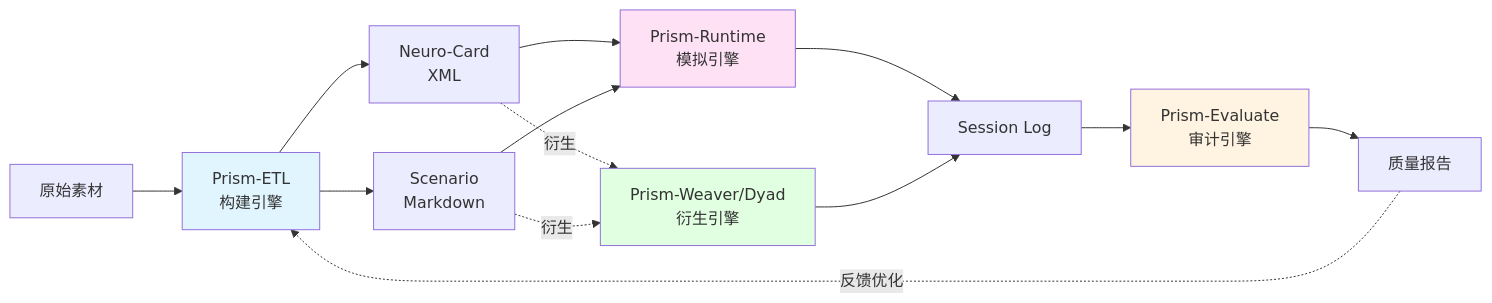
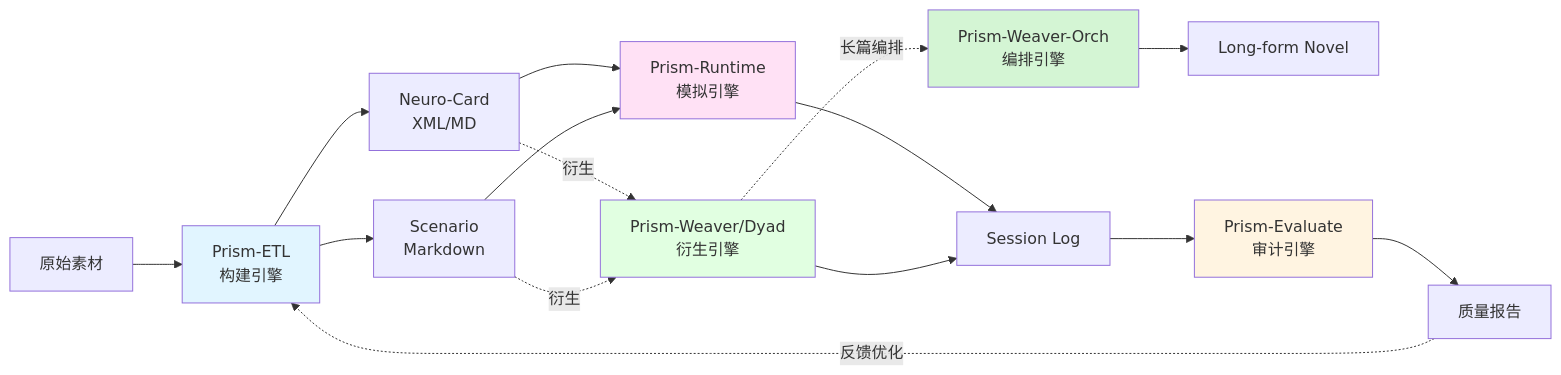
Before and after one commit to 3aKHP/Neural-Narratology: the diagram in README.md, drawn with Mermaid. The commit also changed other lines of this file and 2 other files, not shown here.

Commit message:
docs(readme): sync documentation with V8.x releases and Weaver-Orch engine

````diff
--- a/README.md
+++ b/README.md
@@ -110,20 +115,23 @@
 ```mermaid
 graph LR
     A[原始素材] --> B[Prism-ETL<br/>构建引擎]
-    B --> C[Neuro-Card<br/>XML]
+    B --> C[Neuro-Card<br/>XML/MD]
     B --> D[Scenario<br/>Markdown]
     C --> E[Prism-Runtime<br/>模拟引擎]
     D --> E
     C -.衍生.-> W[Prism-Weaver/Dyad<br/>衍生引擎]
     D -.衍生.-> W
+    W -.长篇编排.-> O[Prism-Weaver-Orch<br/>编排引擎]
     E --> F[Session Log]
     W --> F
+    O --> N[Long-form Novel]
     F --> G[Prism-Evaluate<br/>审计引擎]
     G --> H[质量报告]
     H -.反馈优化.-> B
     
     style B fill:#e1f5ff
     style E fill:#ffe1f5
     style W fill:#e1ffe1
+    style O fill:#d4f5d4
     style G fill:#fff4e1
 ```
````
